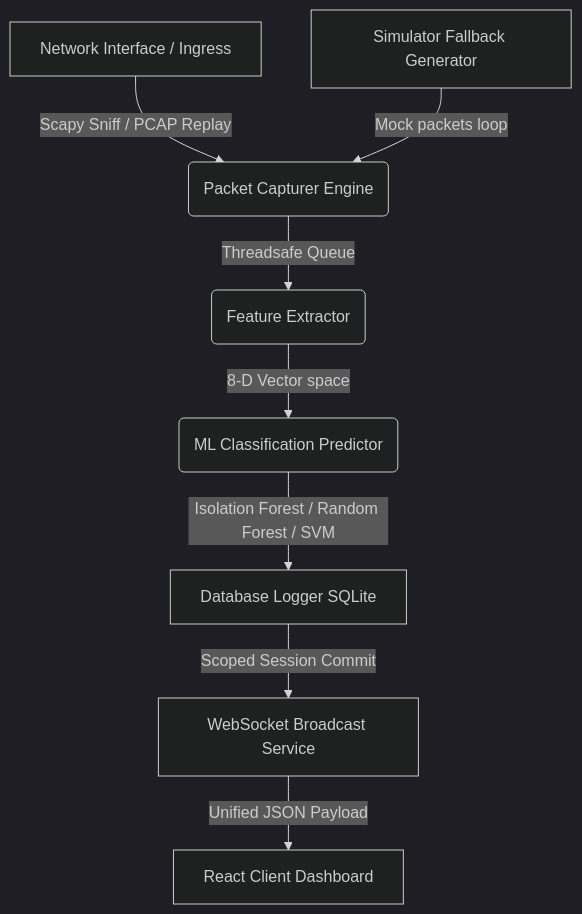
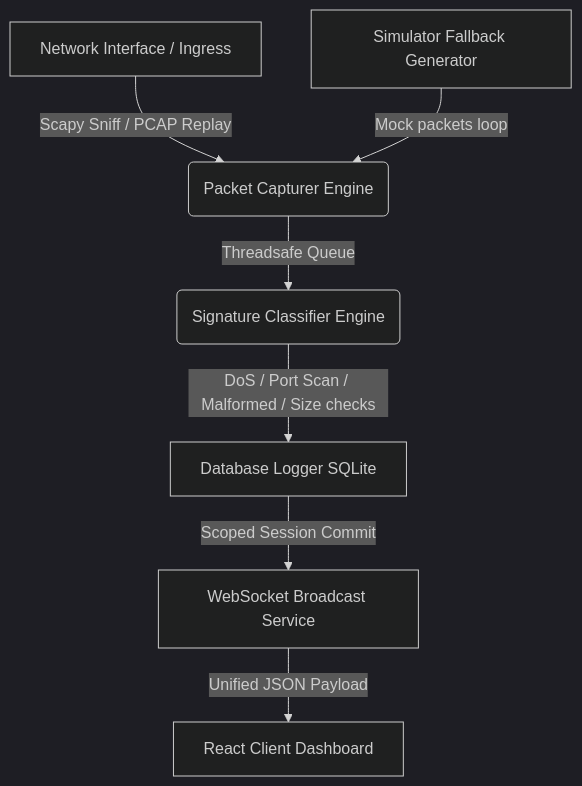
One commit to Riyan054/DEEP_TRACE changed the diagram in README.md. Above: the diagram before and after it, drawn with Mermaid (dark theme). The commit also changed other lines of this file and 17 other files, not shown here.

````diff
--- a/README.md
+++ b/README.md
@@ -9,10 +9,9 @@
 ```mermaid
 graph TD
     A[Network Interface / Ingress] -->|Scapy Sniff / PCAP Replay| B(Packet Capturer Engine)
     A2[Simulator Fallback Generator] -->|Mock packets loop| B
-    B -->|Threadsafe Queue| C(Feature Extractor)
-    C -->|8-D Vector space| D(ML Classification Predictor)
-    D -->|Isolation Forest / Random Forest / SVM| E[Database Logger SQLite]
+    B -->|Threadsafe Queue| C(Signature Classifier Engine)
+    C -->|DoS / Port Scan / Malformed / Size checks| E[Database Logger SQLite]
     E -->|Scoped Session Commit| F[WebSocket Broadcast Service]
     F -->|Unified JSON Payload| G[React Client Dashboard]
 ```
````
